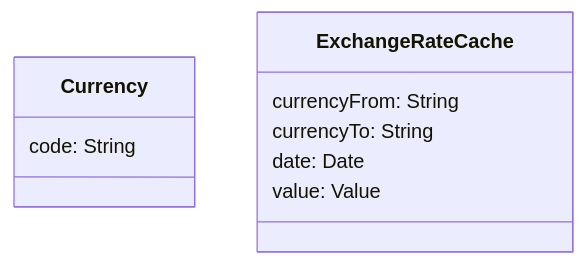
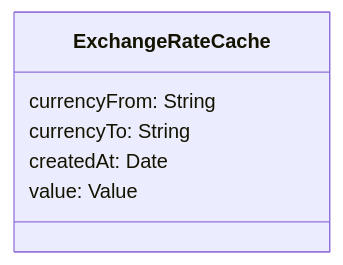
One commit to Group-Expense-Manager/gem-docs changed diagram 15 of 18 in docs/contracts.md. Above: the diagram before and after it, drawn with Mermaid. The commit also changed other lines of this file, not shown here.

````diff
--- a/docs/contracts.md
+++ b/docs/contracts.md
@@ -767,12 +772,9 @@
 ```mermaid
 classDiagram
-    class Currency {
-        code: String
-    }
     class ExchangeRateCache {
         currencyFrom: String
         currencyTo: String
-        date: Date
+        createdAt: Date
         value: Value
     }
 ```
````
